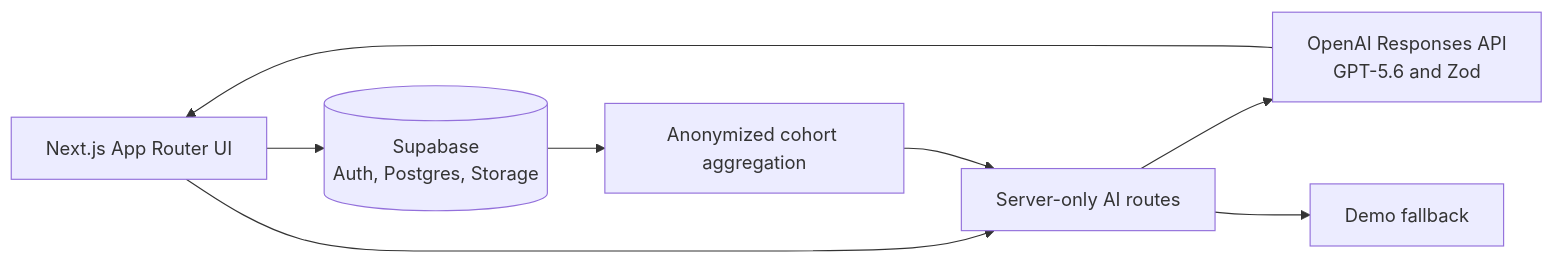
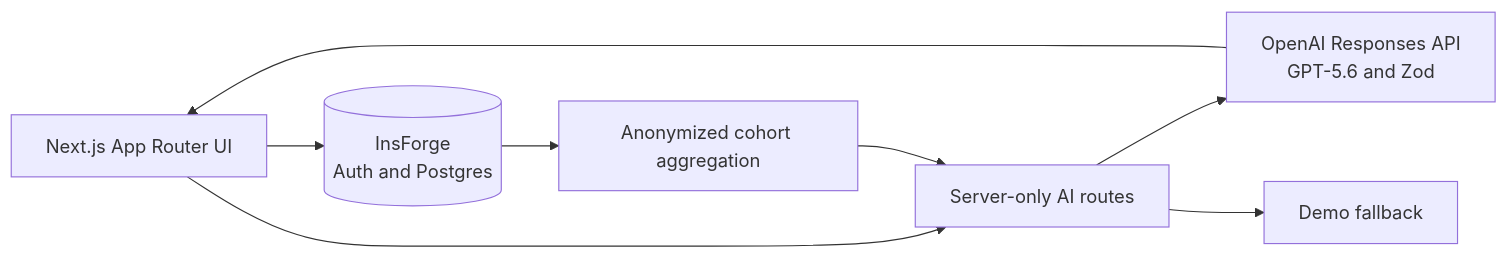
The diagram in README.md (nvmmonsalud/caseloop), drawn with Mermaid before and after one commit. The commit also changed other lines of this file and 33 other files, not shown here.

Commit message:
feat: add InsForge persistence

````diff
--- a/README.md
+++ b/README.md
@@ -28,10 +28,10 @@
 ```mermaid
 flowchart LR
   UI[Next.js App Router UI] --> API[Server-only AI routes]
   API --> R[OpenAI Responses API\nGPT-5.6 and Zod]
   API --> D[Demo fallback]
-  UI --> S[(Supabase\nAuth, Postgres, Storage)]
+  UI --> S[(InsForge\nAuth and Postgres)]
   S --> A[Anonymized cohort aggregation]
   A --> API
   R --> UI
 ```
````
